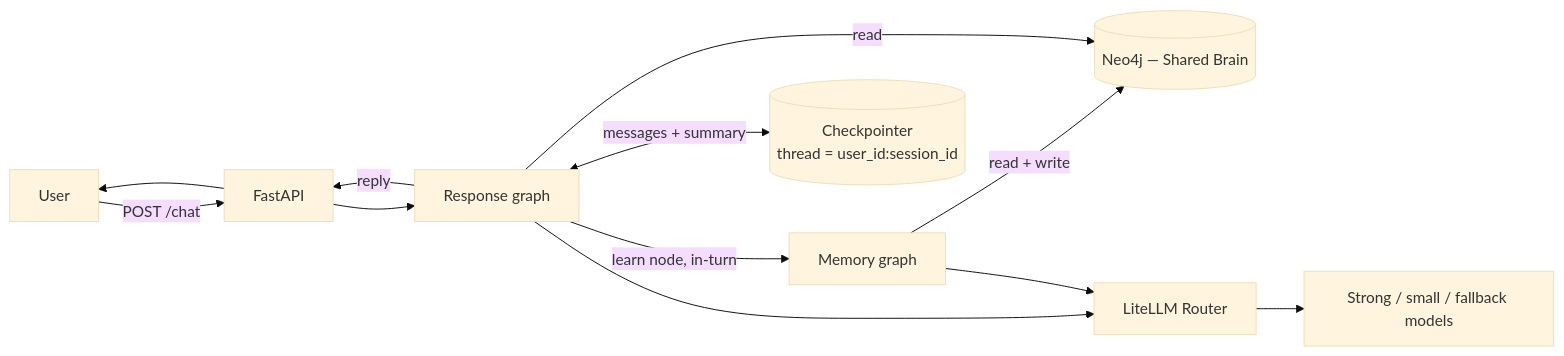
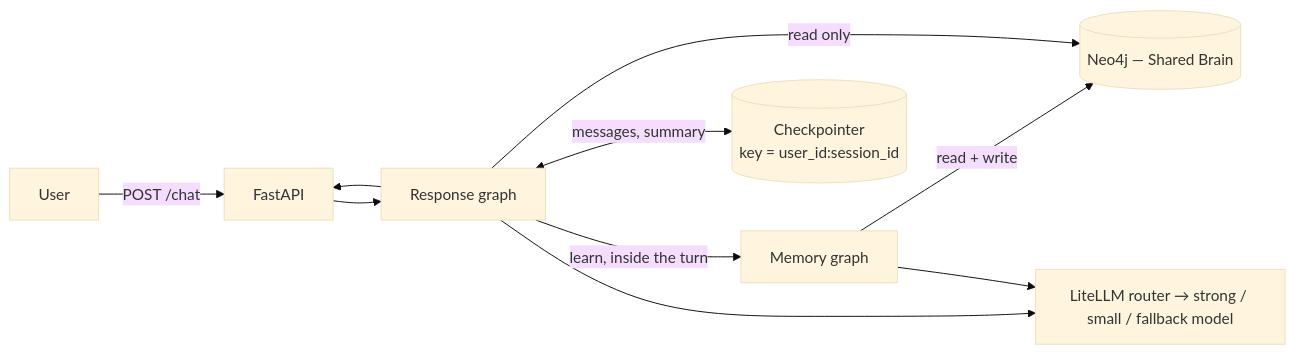
Before and after one commit to Ankit-Bharti2908/astro_app: the first of 3 diagrams in docs/ARCHITECTURE.md, drawn with Mermaid (base theme). The commit also changed other lines of this file and 43 other files, not shown here.

````diff
--- a/docs/ARCHITECTURE.md
+++ b/docs/ARCHITECTURE.md
@@ -29,12 +7,10 @@
 ```mermaid
 flowchart LR
     U[User] -->|POST /chat| API[FastAPI]
-    API --> RG[Response graph]
-    RG -->|reply| API --> U
-
-    RG -->|learn node, in-turn| MG[Memory graph]
+    API --> RG[Response graph] --> API
+    RG -->|learn, inside the turn| MG[Memory graph]
     MG -->|read + write| NEO[("Neo4j — Shared Brain")]
-    RG -->|read| NEO
-    RG <-->|messages + summary| CP[("Checkpointer<br/>thread = user_id:session_id")]
-    RG & MG --> RT[LiteLLM Router] --> M[Strong / small / fallback models]
+    RG -->|read only| NEO
+    RG <-->|messages, summary| CP[("Checkpointer<br/>key = user_id:session_id")]
+    RG & MG --> LLM[LiteLLM router → strong / small / fallback model]
 ```
````
